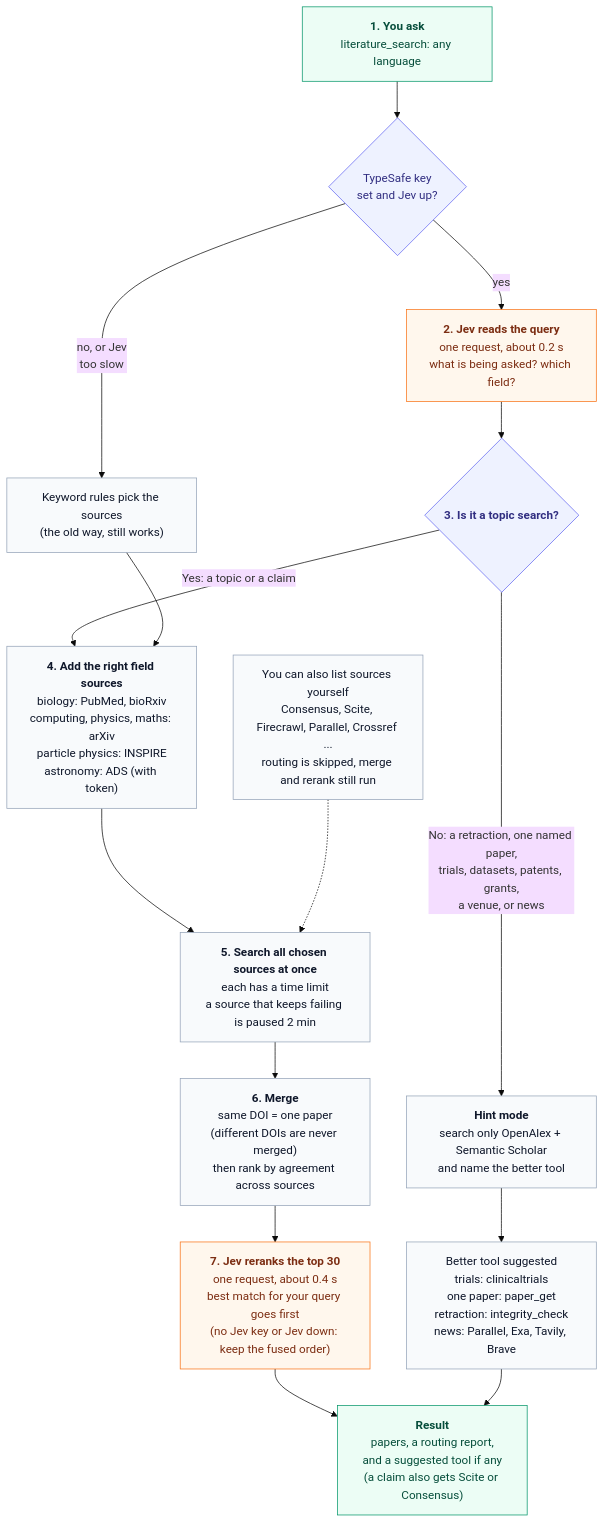
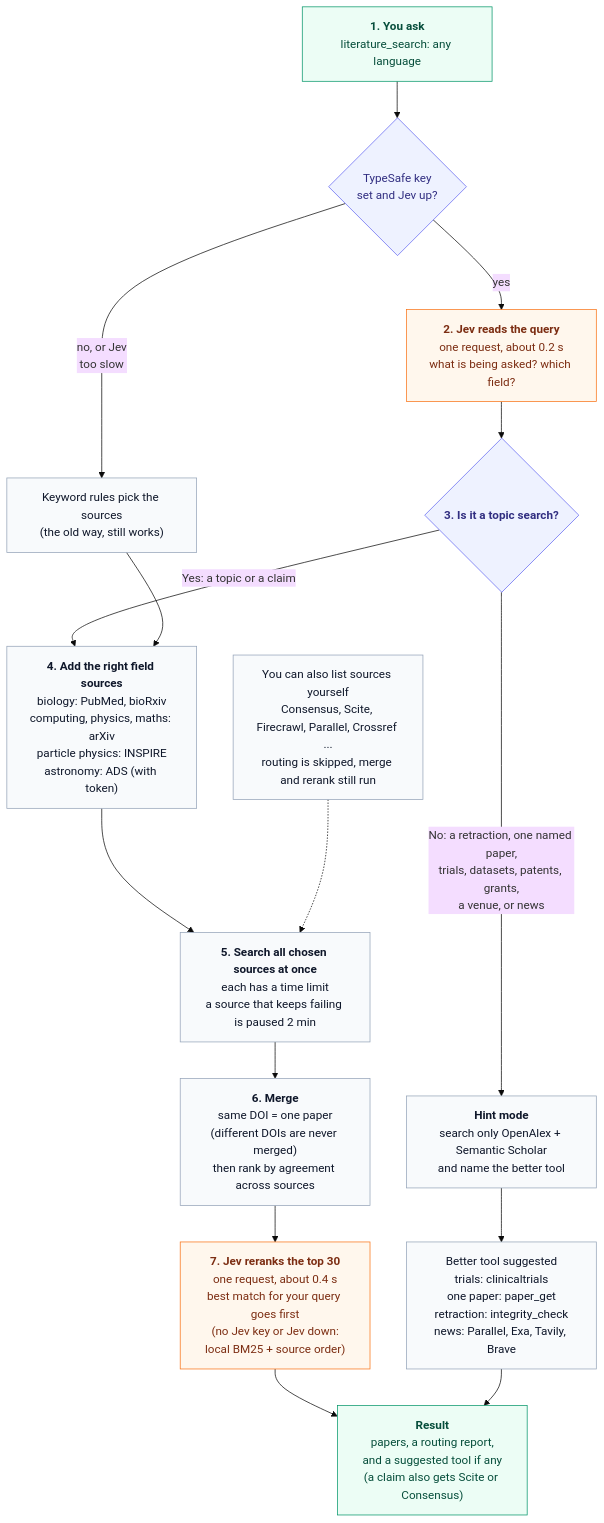
The diagram in docs/diagrams/jev-routing.mmd (raktim-mondol/academic-harness), drawn with Mermaid (base theme) before and after one commit. The commit also changed 11 other files, not shown here.

First line of the commit message:
literature_search: local BM25 fallback for the rerank when there is no Jev key

```diff
--- a/docs/diagrams/jev-routing.mmd
+++ b/docs/diagrams/jev-routing.mmd
@@ -1,30 +1,30 @@
 %%build: {"fontSize": 16, "padding": 24, "maxWidth": 900}
 flowchart TD
   q["<b>1. You ask</b><br/>literature_search: any language"] --> key{"TypeSafe key<br/>set and Jev up?"}
   key -->|"no, or Jev<br/>too slow"| rules["Keyword rules pick the sources<br/>(the old way, still works)"]
   key -->|yes| jev["<b>2. Jev reads the query</b><br/>one request, about 0.2 s<br/>what is being asked? which field?"]
   jev --> gate{"<b>3. Is it a topic search?</b>"}
 
   gate -->|"No: a retraction, one named paper,<br/>trials, datasets, patents, grants,<br/>a venue, or news"| hint["<b>Hint mode</b><br/>search only OpenAlex + Semantic Scholar<br/>and name the better tool"]
   gate -->|"Yes: a topic or a claim"| fields["<b>4. Add the right field sources</b><br/>biology: PubMed, bioRxiv<br/>computing, physics, maths: arXiv<br/>particle physics: INSPIRE<br/>astronomy: ADS (with token)"]
   rules --> fields
 
   hint --> tool["Better tool suggested<br/>trials: clinicaltrials<br/>one paper: paper_get<br/>retraction: integrity_check<br/>news: Parallel, Exa, Tavily, Brave"]
 
   fields --> run["<b>5. Search all chosen sources at once</b><br/>each has a time limit<br/>a source that keeps failing is paused 2 min"]
 
   run --> merge["<b>6. Merge</b><br/>same DOI = one paper<br/>(different DOIs are never merged)<br/>then rank by agreement across sources"]
-  merge --> rerank["<b>7. Jev reranks the top 30</b><br/>one request, about 0.4 s<br/>best match for your query goes first<br/>(no Jev key or Jev down: keep the fused order)"]
+  merge --> rerank["<b>7. Jev reranks the top 30</b><br/>one request, about 0.4 s<br/>best match for your query goes first<br/>(no Jev key or Jev down:<br/>local BM25 + source order)"]
   rerank --> out["<b>Result</b><br/>papers, a routing report,<br/>and a suggested tool if any<br/>(a claim also gets Scite or Consensus)"]
   tool --> out
 
   explicit["You can also list sources yourself<br/>Consensus, Scite, Firecrawl, Parallel, Crossref ...<br/>routing is skipped, merge and rerank still run"] -.-> run
 
   classDef step fill:#ecfdf5,stroke:#059669,color:#064e3b
   classDef decision fill:#eef2ff,stroke:#6366f1,color:#312e81
   classDef jevstep fill:#fff7ed,stroke:#f97316,color:#7c2d12
   classDef plain fill:#f8fafc,stroke:#94a3b8,color:#0f172a
   class q,out step
   class key,gate decision
   class jev,rerank jevstep
   class rules,hint,fields,run,merge,tool,explicit plain
```
